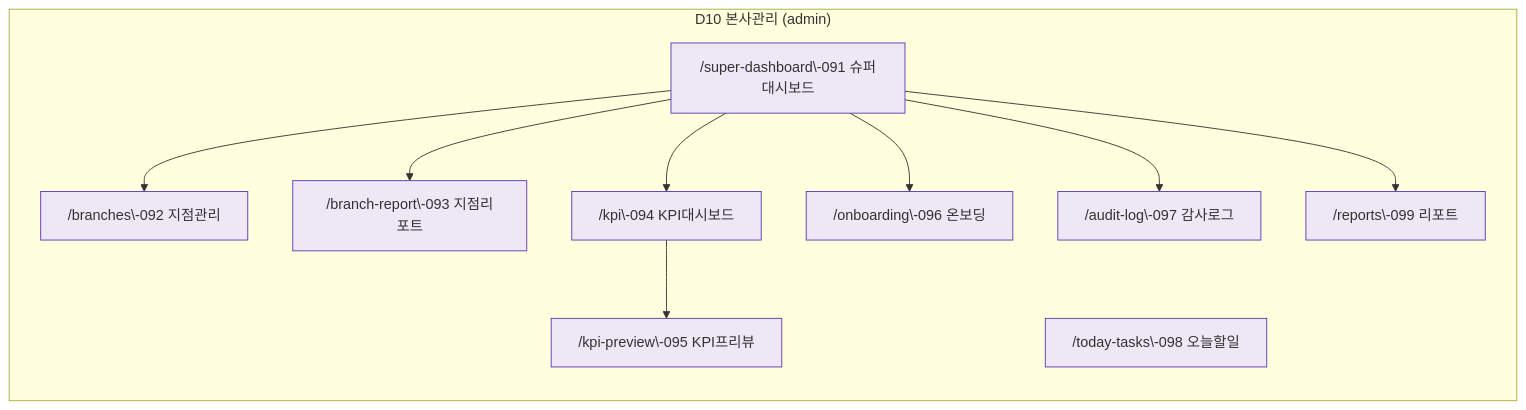
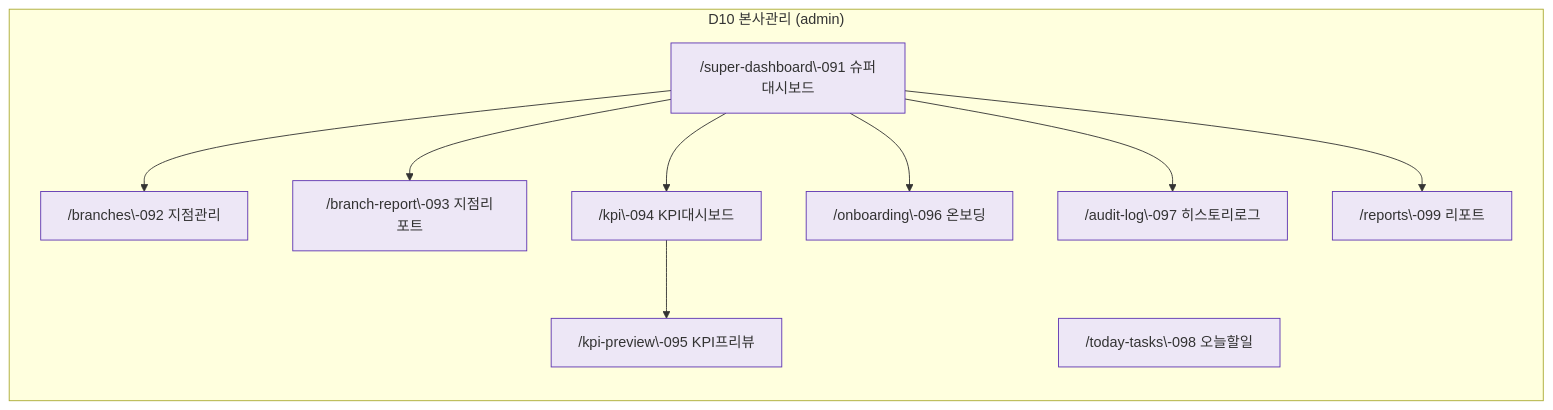
One commit to dev-spogym/admin-pando changed the second of 11 diagrams in docs/admin/다이어그램/00_사이트맵/N2_도메인별_사이트맵.md. Above: the diagram before and after it, drawn with Mermaid. The commit also changed 442 other files, not shown here.

````diff
--- a/docs/admin/다이어그램/00_사이트맵/N2_도메인별_사이트맵.md
+++ b/docs/admin/다이어그램/00_사이트맵/N2_도메인별_사이트맵.md
@@ -32,25 +32,25 @@
 ```mermaid
 flowchart LR
     subgraph D10["D10 본사관리 (admin)"]
         SCR091["/super-dashboard\-091 슈퍼대시보드"]
         SCR092["/branches\-092 지점관리"]
         SCR093["/branch-report\-093 지점리포트"]
         SCR094["/kpi\-094 KPI대시보드"]
         SCR095["/kpi-preview\-095 KPI프리뷰"]
         SCR096["/onboarding\-096 온보딩"]
-        SCR097["/audit-log\-097 감사로그"]
+        SCR097["/audit-log\-097 히스토리로그"]
         SCR098["/today-tasks\-098 오늘할일"]
         SCR099["/reports\-099 리포트"]
     end
 
     SCR091 --> SCR092
     SCR091 --> SCR093
     SCR091 --> SCR094
     SCR094 --> SCR095
     SCR091 --> SCR096
     SCR091 --> SCR097
     SCR091 --> SCR099
 
     classDef system fill:#EDE7F6,stroke:#5E35B2
     class SCR091,SCR092,SCR093,SCR094,SCR095,SCR096,SCR097,SCR098,SCR099 system
 ```
````
